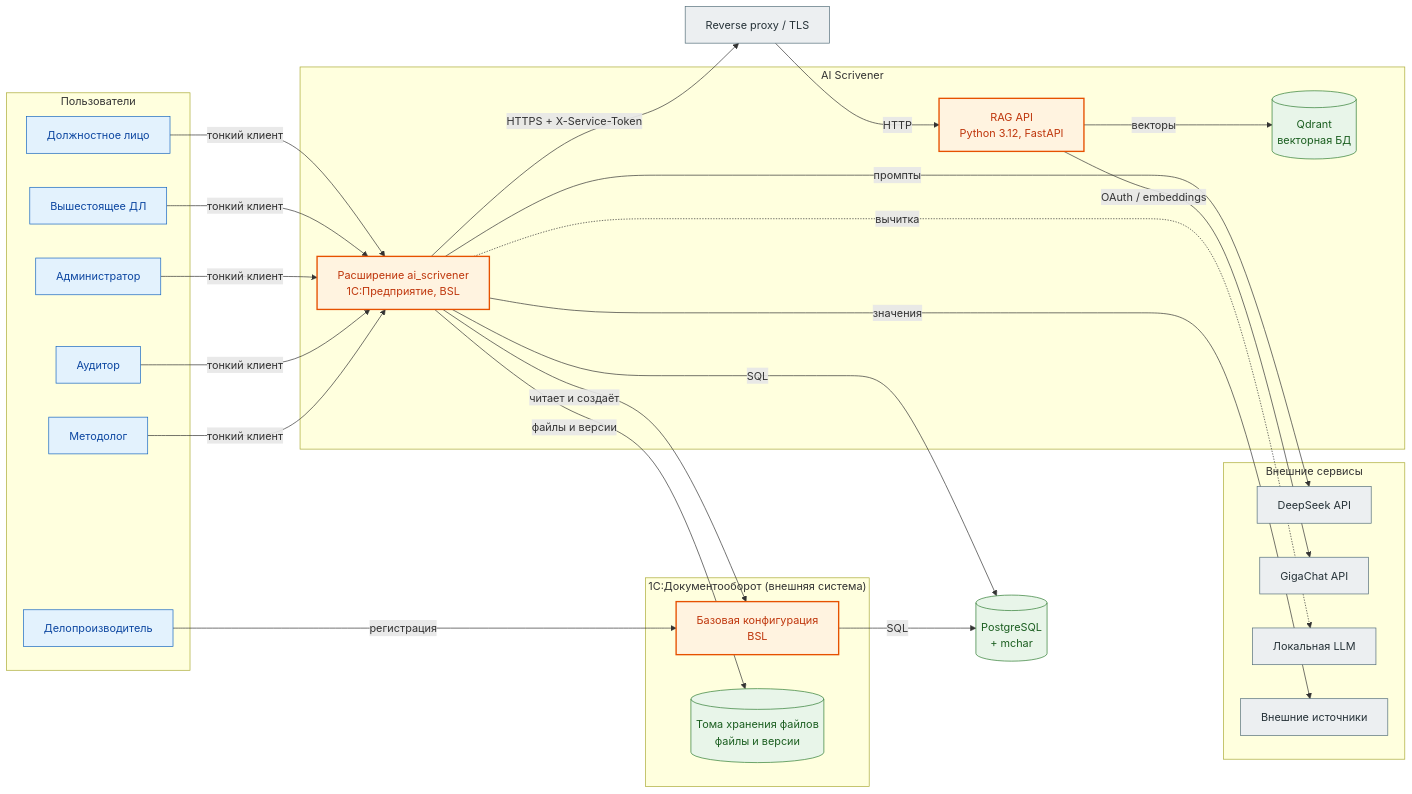
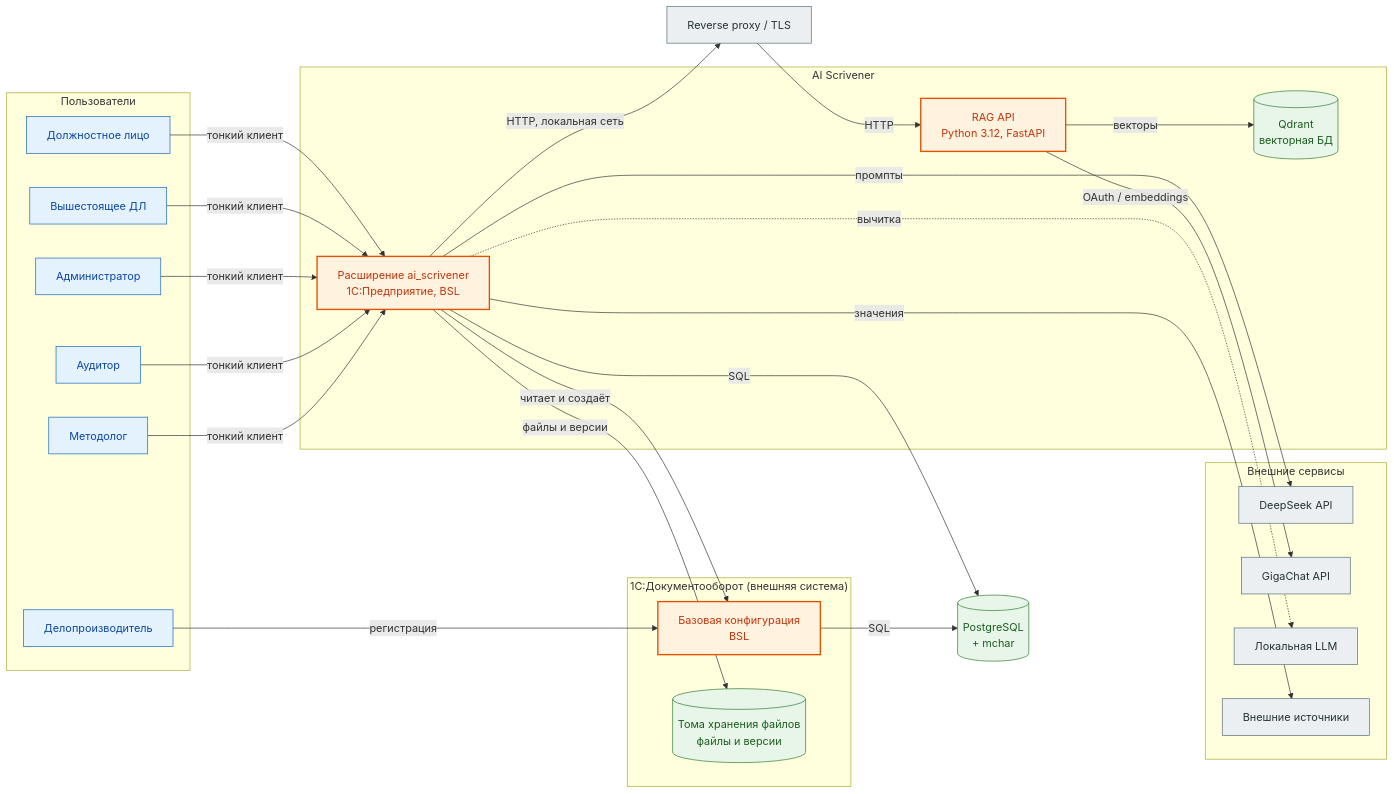
One commit to igorvolk1961/ai_scrivener changed the second of 5 diagrams in docs/system-analysis/c4-model.md. Above: the diagram before and after it, drawn with Mermaid. The commit also changed other lines of this file and 29 other files, not shown here.

````diff
--- a/docs/system-analysis/c4-model.md
+++ b/docs/system-analysis/c4-model.md
@@ -74,59 +74,59 @@
 ```mermaid
 flowchart LR
     subgraph Actors["Пользователи"]
         DL["Должностное лицо"]
         SUP["Вышестоящее ДЛ"]
         ADM["Администратор"]
         AUD["Аудитор"]
         MET["Методолог"]
         CLERK["Делопроизводитель"]
     end
 
     subgraph AIS["AI Scrivener"]
         EXTN["Расширение ai_scrivener<br/>1С:Предприятие, BSL"]
         API["RAG API<br/>Python 3.12, FastAPI"]
         QD[("Qdrant<br/>векторная БД")]
     end
 
     subgraph DOCS["1С:Документооборот (внешняя система)"]
         BASE["Базовая конфигурация<br/>BSL"]
         FILES[("Тома хранения файлов<br/>файлы и версии")]
     end
 
     PG[("PostgreSQL<br/>+ mchar")]
     PROXY["Reverse proxy / TLS"]
 
     subgraph External["Внешние сервисы"]
         DS["DeepSeek API"]
         GC["GigaChat API"]
         LLM["Локальная LLM"]
         SRC["Внешние источники"]
     end
 
     DL -->|"тонкий клиент"| EXTN
     SUP -->|"тонкий клиент"| EXTN
     ADM -->|"тонкий клиент"| EXTN
     AUD -->|"тонкий клиент"| EXTN
     MET -->|"тонкий клиент"| EXTN
     CLERK -->|"регистрация"| BASE
     EXTN -->|"читает и создаёт"| BASE
     BASE -->|"SQL"| PG
     EXTN -->|"SQL"| PG
     EXTN -->|"файлы и версии"| FILES
-    EXTN -->|"HTTPS + X-Service-Token"| PROXY
+    EXTN -->|"HTTP, локальная сеть"| PROXY
     PROXY -->|"HTTP"| API
     API -->|"векторы"| QD
     API -->|"OAuth / embeddings"| GC
     EXTN -->|"промпты"| DS
     EXTN -.->|"вычитка"| LLM
     EXTN -->|"значения"| SRC
 
     classDef actor fill:#E3F2FD,stroke:#1565C0,color:#0D47A1
     classDef cont fill:#FFF3E0,stroke:#E65100,stroke-width:2px,color:#BF360C
     classDef storage fill:#E8F5E9,stroke:#2E7D32,color:#1B5E20
     classDef external fill:#ECEFF1,stroke:#546E7A,color:#263238
     class DL,SUP,ADM,AUD,MET,CLERK actor
     class EXTN,API,BASE cont
     class QD,PG,FILES storage
     class PROXY,DS,GC,LLM,SRC external
 ```
````
